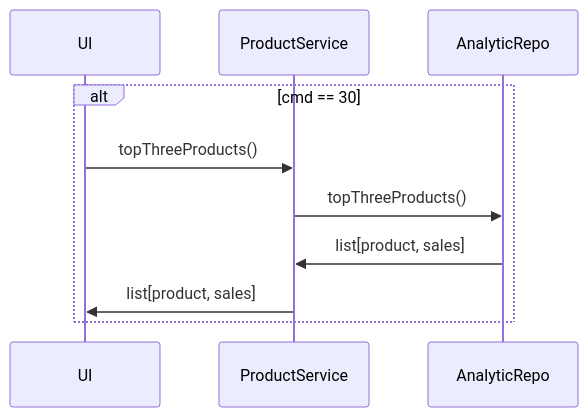
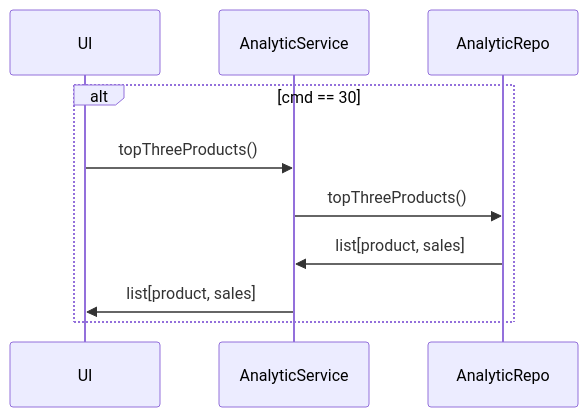
One commit to Apameus/Vending_Machine changed diagram 12 of 14 in README.md. Above: the diagram before and after it, drawn with Mermaid. The commit also changed other lines of this file and 8 other files, not shown here.

Commit message:
Command functionality when AuthorizedUser is logged in & Changed at Technical Doc about AnalyticService

````diff
--- a/README.md
+++ b/README.md
@@ -265,13 +265,13 @@
 ```mermaid
 sequenceDiagram
     participant UI
-    participant PS as ProductService
+    participant AS as AnalyticService
     participant AR as AnalyticRepo
 
     alt cmd == 30
-            UI ->> PS: topThreeProducts()
-            PS ->> AR: topThreeProducts()
-            AR ->> PS: list[product, sales]
-            PS ->> UI: list[product, sales]
+            UI ->> AS: topThreeProducts()
+            AS ->> AR: topThreeProducts()
+            AR ->> AS: list[product, sales]
+            AS ->> UI: list[product, sales]
     end
 ```
````
